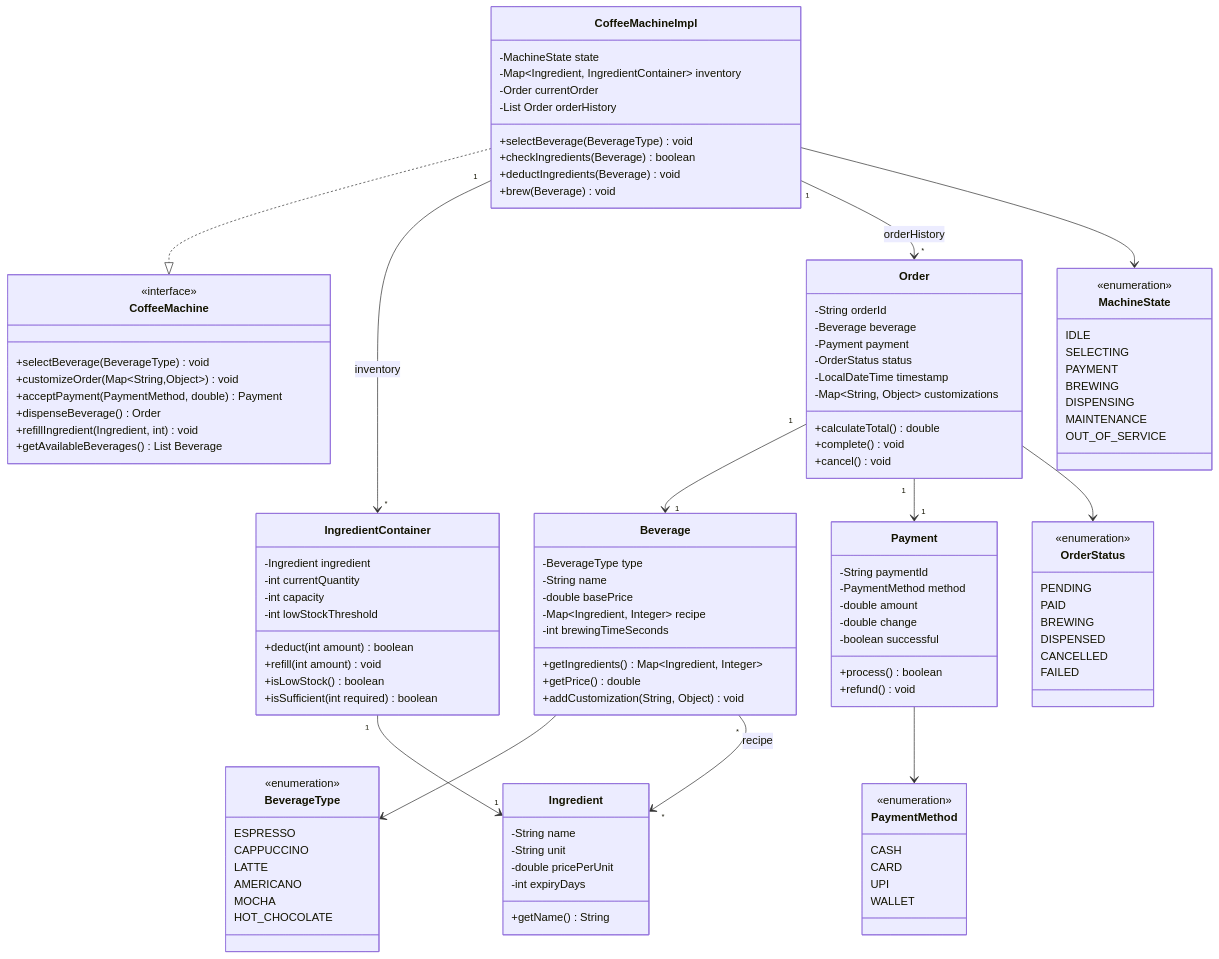
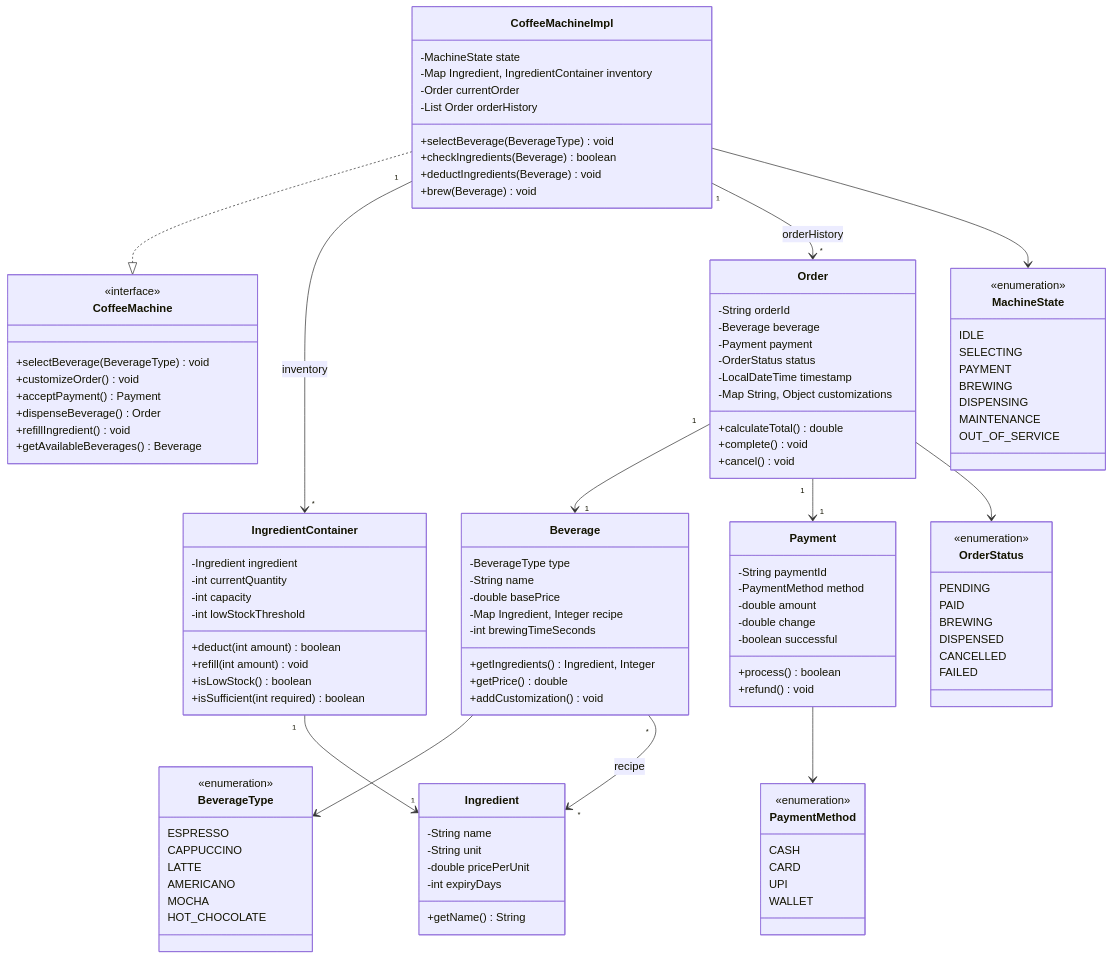
Before and after one commit to dlkr18/lld-playbook: the diagram in docs/problems/coffeemachine/README.md, drawn with Mermaid. The commit also changed 29 other files, not shown here.

First line of the commit message:
Fix Mermaid rendering: downgrade to v9, aggressive classDiagram sanitization.

```diff
--- a/docs/problems/coffeemachine/README.md
+++ b/docs/problems/coffeemachine/README.md
@@ -176,16 +176,16 @@
     class CoffeeMachine {
         <<interface>>
         +selectBeverage(BeverageType) void
-        +customizeOrder(Map~String,Object~) void
-        +acceptPayment(PaymentMethod, double) Payment
+        +customizeOrder() void
+        +acceptPayment() Payment
         +dispenseBeverage() Order
-        +refillIngredient(Ingredient, int) void
-        +getAvailableBeverages() List Beverage
+        +refillIngredient() void
+        +getAvailableBeverages() Beverage
     }
 
     class CoffeeMachineImpl {
         -MachineState state
-        -Map~Ingredient, IngredientContainer~ inventory
+        -Map Ingredient, IngredientContainer inventory
         -Order currentOrder
         -List Order orderHistory
         +selectBeverage(BeverageType) void
@@ -198,11 +198,11 @@
         -BeverageType type
         -String name
         -double basePrice
-        -Map~Ingredient, Integer~ recipe
+        -Map Ingredient, Integer recipe
         -int brewingTimeSeconds
-        +getIngredients() Map~Ingredient, Integer~
+        +getIngredients() Ingredient, Integer
         +getPrice() double
-        +addCustomization(String, Object) void
+        +addCustomization() void
     }
 
     class BeverageType {
@@ -240,7 +240,7 @@
         -Payment payment
         -OrderStatus status
         -LocalDateTime timestamp
-        -Map~String, Object~ customizations
+        -Map String, Object customizations
         +calculateTotal() double
         +complete() void
         +cancel() void
```
